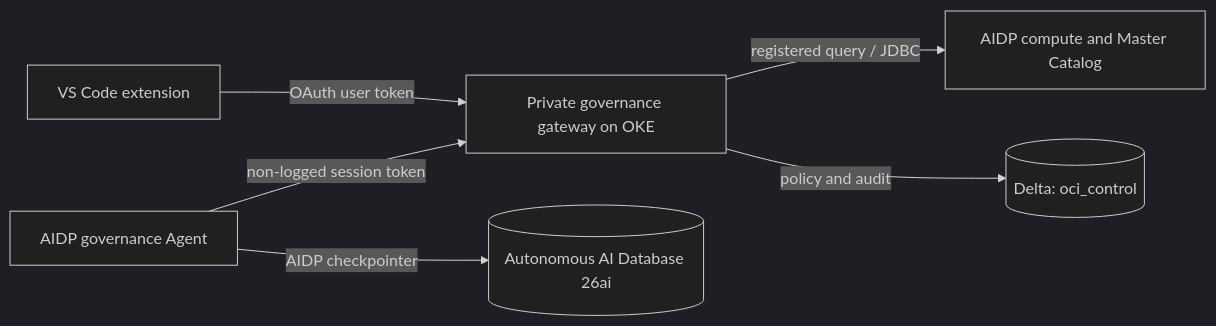
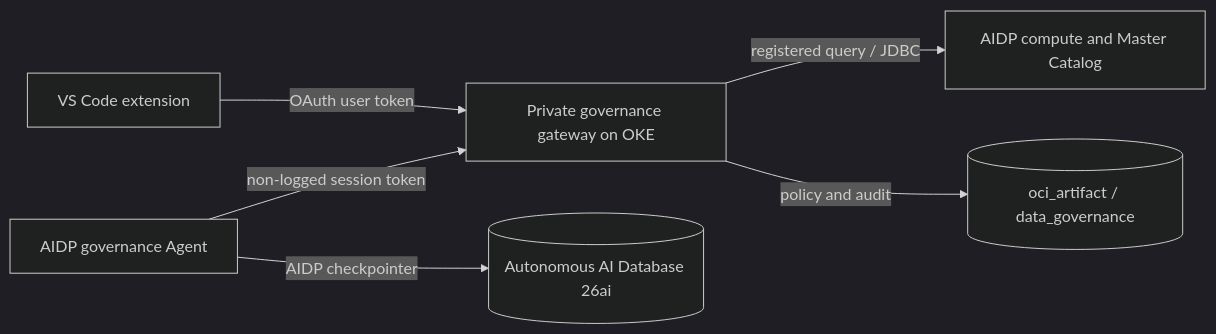
The diagram in README.md (jgangini/oci-ai-data-platform-workbench-starter-kits), drawn with Mermaid (dark theme) before and after one commit. The commit also changed other lines of this file and 27 other files, not shown here.

````diff
--- a/README.md
+++ b/README.md
@@ -132,8 +132,8 @@
 ```mermaid
 flowchart LR
   VS[VS Code extension] -->|OAuth user token| GW[Private governance gateway on OKE]
   AG[AIDP governance Agent] -->|non-logged session token| GW
   GW -->|registered query / JDBC| AIDP[AIDP compute and Master Catalog]
-  GW -->|policy and audit| CTRL[(Delta: oci_control)]
+  GW -->|policy and audit| CTRL[(oci_artifact / data_governance)]
   AG -->|AIDP checkpointer| ADB[(Autonomous AI Database 26ai)]
 ```
````
